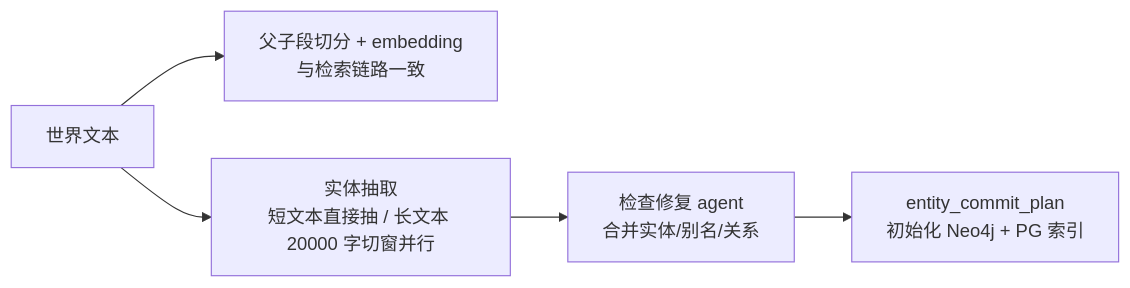
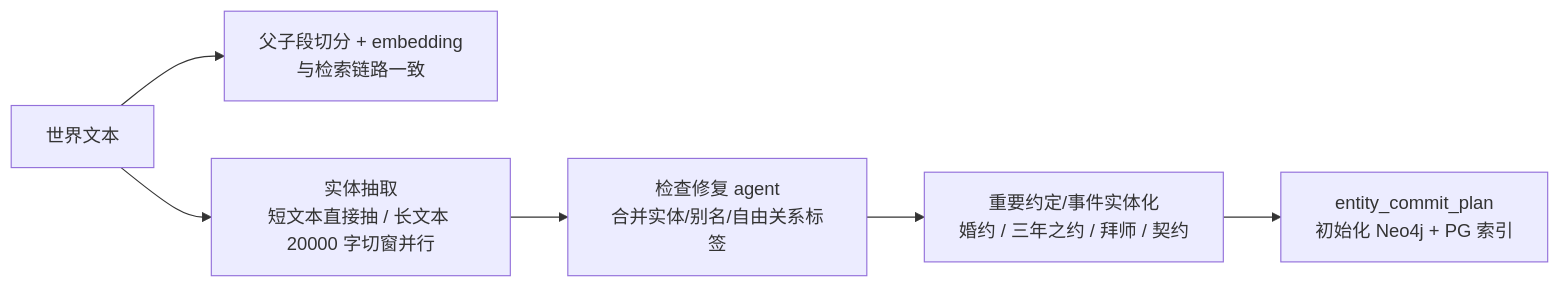
The second of 5 diagrams in docs/business_flow.md (hjiaju336-sys/mem_ol), drawn with Mermaid before and after one commit. The commit also changed other lines of this file and 6 other files, not shown here.

````diff
--- a/docs/business_flow.md
+++ b/docs/business_flow.md
@@ -41,7 +57,8 @@
 ```mermaid
 flowchart LR
     T[世界文本] --> C[父子段切分 + embedding<br/>与检索链路一致]
     T --> E[实体抽取<br/>短文本直接抽 / 长文本 20000 字切窗并行]
-    E --> A[检查修复 agent<br/>合并实体/别名/关系]
-    A --> W[entity_commit_plan<br/>初始化 Neo4j + PG 索引]
+    E --> A[检查修复 agent<br/>合并实体/别名/自由关系标签]
+    A --> EV[重要约定/事件实体化<br/>婚约 / 三年之约 / 拜师 / 契约]
+    EV --> W[entity_commit_plan<br/>初始化 Neo4j + PG 索引]
 ```
````
